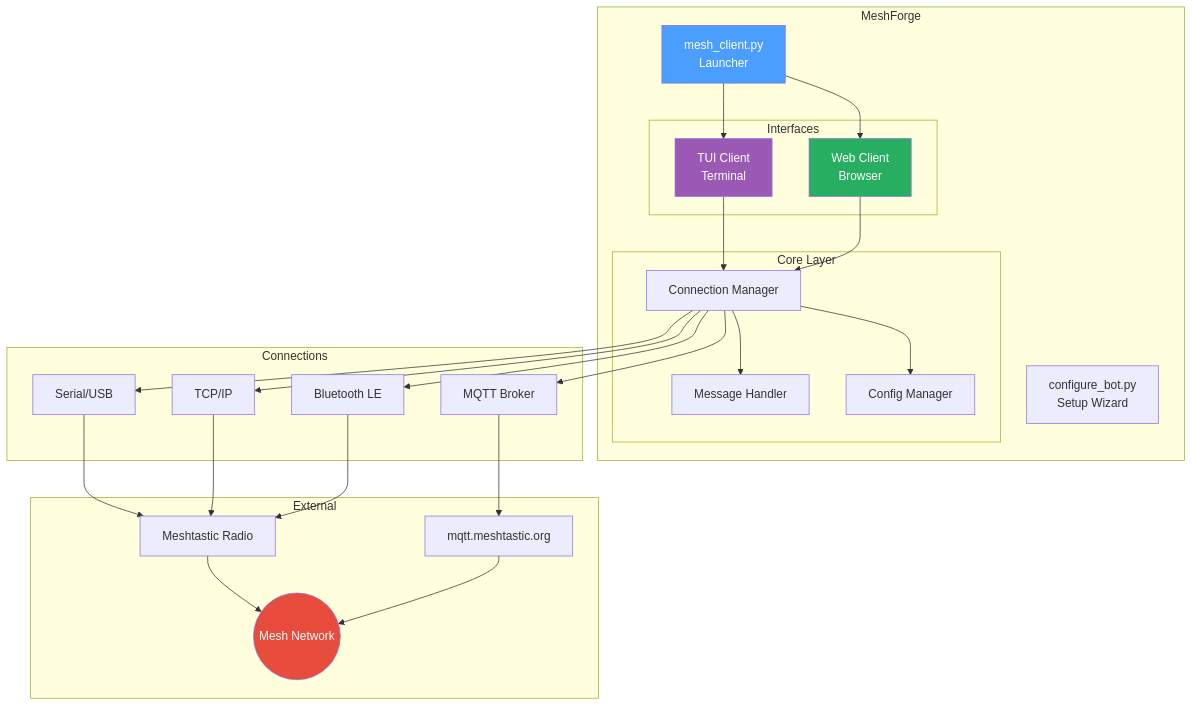
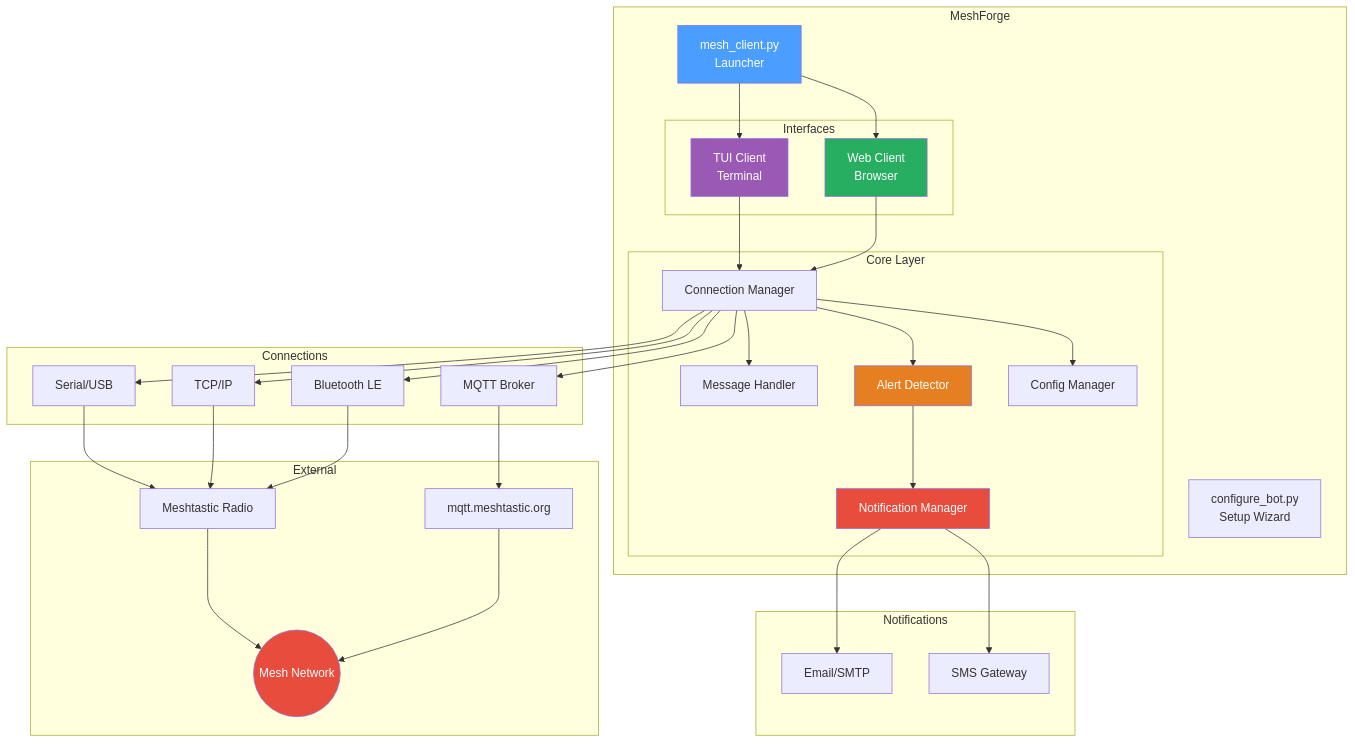
Before and after one commit to Nursedude/meshing_around_meshforge: the first of 5 diagrams in README.md, drawn with Mermaid. The commit also changed other lines of this file, not shown here.

````diff
--- a/README.md
+++ b/README.md
@@ -13,56 +13,70 @@
 ```mermaid
 graph TB
     subgraph "MeshForge"
         ML[mesh_client.py<br/>Launcher]
         CB[configure_bot.py<br/>Setup Wizard]
 
         subgraph "Interfaces"
             TUI[TUI Client<br/>Terminal]
             WEB[Web Client<br/>Browser]
         end
 
         subgraph "Core Layer"
             CM[Connection Manager]
             MH[Message Handler]
+            AD[Alert Detector]
+            NM[Notification Manager]
             CFG[Config Manager]
         end
     end
 
     subgraph "Connections"
         SER[Serial/USB]
         TCP[TCP/IP]
         MQTT[MQTT Broker]
         BLE[Bluetooth LE]
+    end
+
+    subgraph "Notifications"
+        EMAIL[Email/SMTP]
+        SMS[SMS Gateway]
     end
 
     subgraph "External"
         RADIO[Meshtastic Radio]
         BROKER[mqtt.meshtastic.org]
         MESH((Mesh Network))
     end
 
     ML --> TUI
     ML --> WEB
     TUI --> CM
     WEB --> CM
     CM --> MH
+    CM --> AD
+    AD --> NM
     CM --> CFG
+
+    NM --> EMAIL
+    NM --> SMS
 
     CM --> SER
     CM --> TCP
     CM --> MQTT
     CM --> BLE
 
     SER --> RADIO
     TCP --> RADIO
     BLE --> RADIO
     MQTT --> BROKER
 
     RADIO --> MESH
     BROKER --> MESH
 
     style ML fill:#4a9eff,color:#fff
     style TUI fill:#9b59b6,color:#fff
     style WEB fill:#27ae60,color:#fff
+    style AD fill:#e67e22,color:#fff
+    style NM fill:#e74c3c,color:#fff
     style MESH fill:#e74c3c,color:#fff
 ```
````
